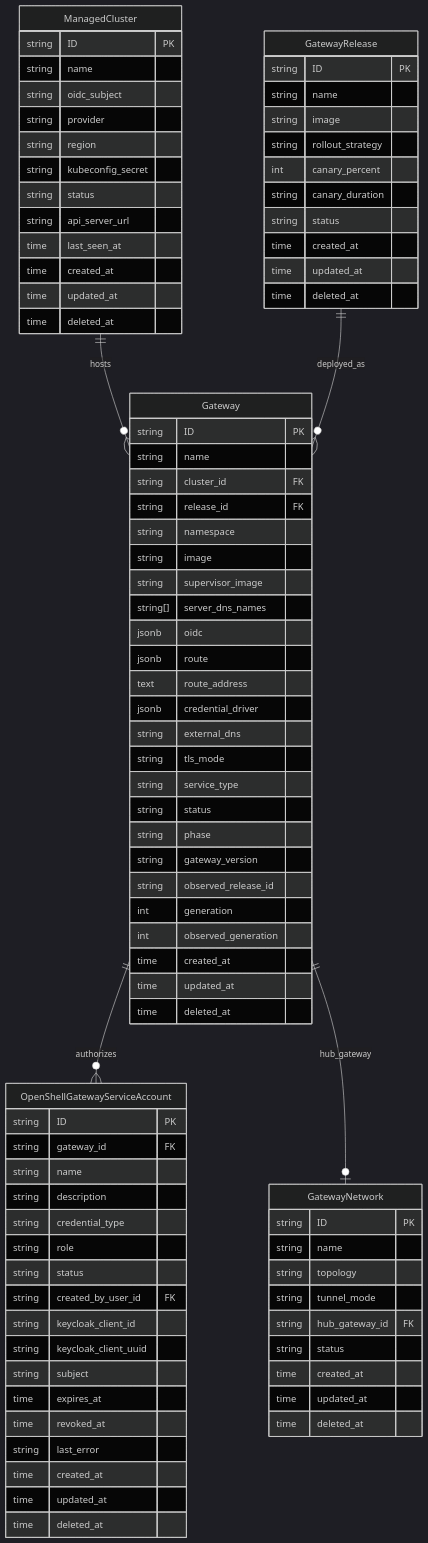
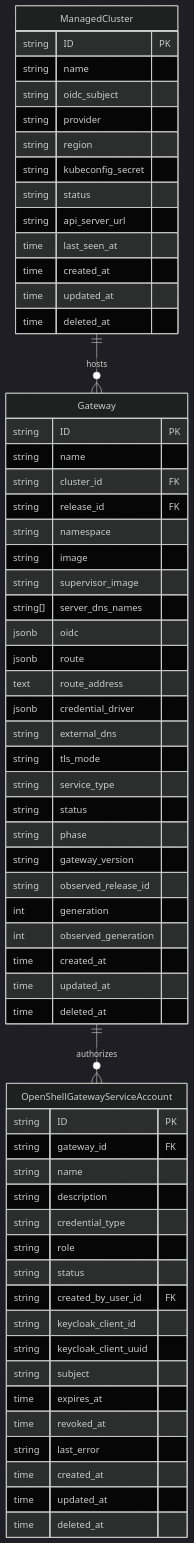
Before and after one commit to openshift-online/hypershell: the diagram in specs/platform/data-model.spec.md, drawn with Mermaid (dark theme). The commit also changed other lines of this file and 3 other files, not shown here.

First line of the commit message:
feat(data-model): deprecate GatewayRelease and GatewayNetwork kinds

````diff
--- a/specs/platform/data-model.spec.md
+++ b/specs/platform/data-model.spec.md
@@ -32,19 +37,6 @@
         string status
         string api_server_url
         time last_seen_at
-        time created_at
-        time updated_at
-        time deleted_at
-    }
-
-    GatewayRelease {
-        string ID PK
-        string name
-        string image
-        string rollout_strategy
-        int canary_percent
-        string canary_duration
-        string status
         time created_at
         time updated_at
         time deleted_at
@@ -97,20 +89,6 @@
         time deleted_at
     }
 
-    GatewayNetwork {
-        string ID PK
-        string name
-        string topology
-        string tunnel_mode
-        string hub_gateway_id FK
-        string status
-        time created_at
-        time updated_at
-        time deleted_at
-    }
-
     ManagedCluster ||--o{ Gateway : "hosts"
-    GatewayRelease ||--o{ Gateway : "deployed_as"
     Gateway ||--o{ OpenShellGatewayServiceAccount : "authorizes"
-    Gateway ||--o| GatewayNetwork : "hub_gateway"
 ```
````
